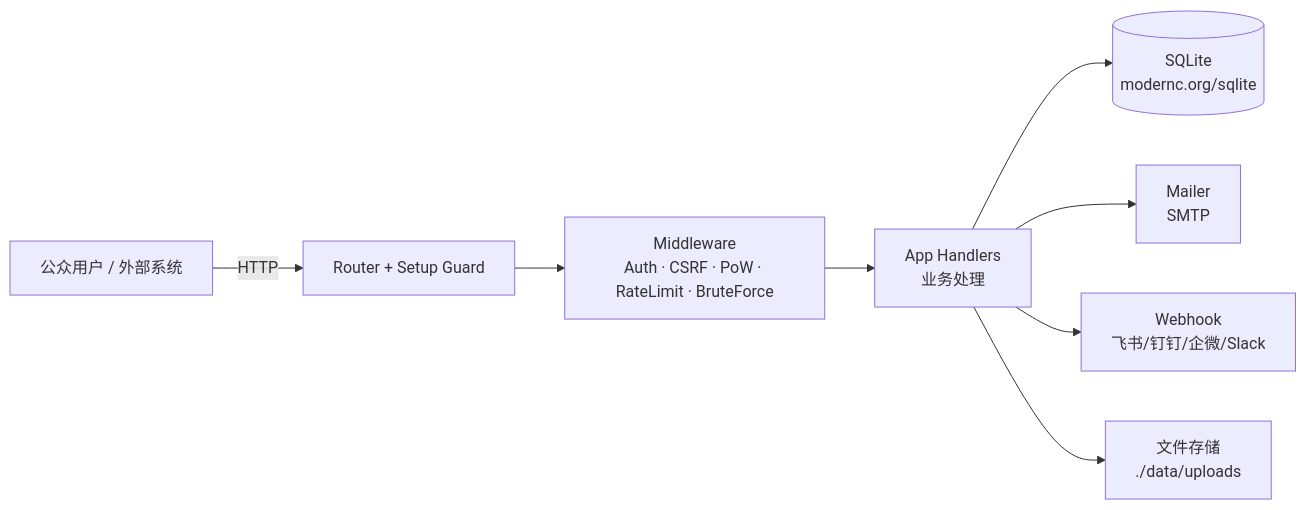
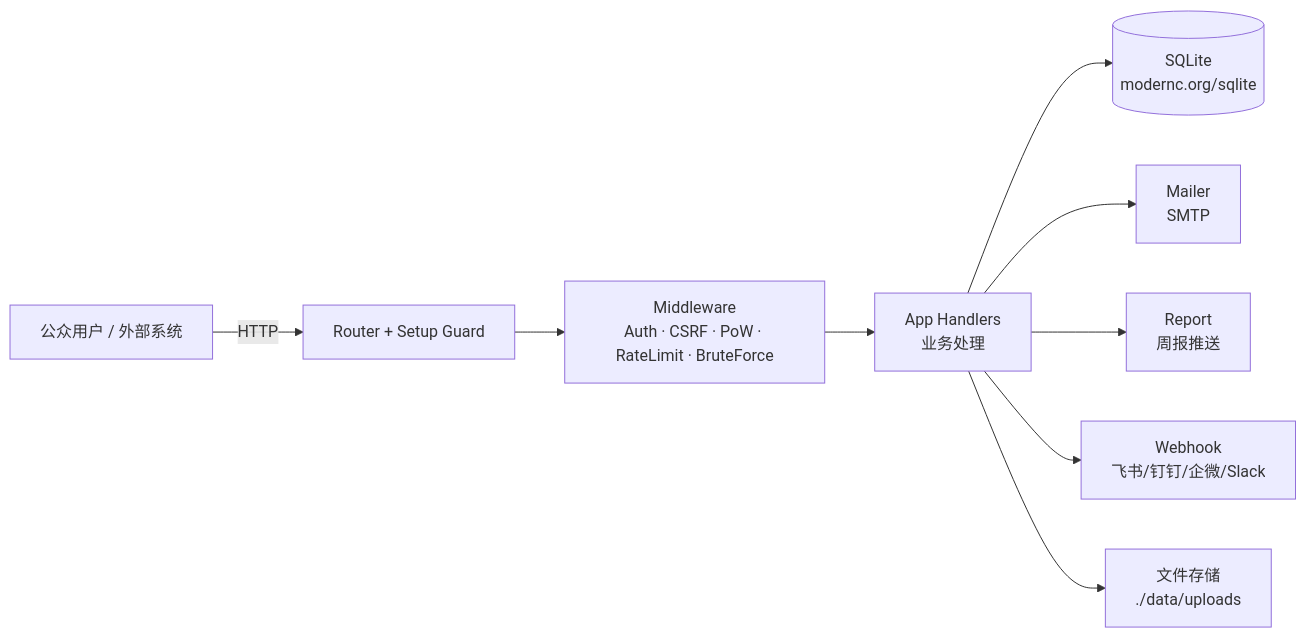
Before and after one commit to Asunano/FeedShit: the diagram in README.md, drawn with Mermaid. The commit also changed other lines of this file and 24 other files, not shown here.

````diff
--- a/README.md
+++ b/README.md
@@ -46,10 +67,11 @@
 ```mermaid
 flowchart LR
   U[公众用户 / 外部系统] -->|HTTP| R[Router + Setup Guard]
   R --> MW[Middleware<br/>Auth · CSRF · PoW · RateLimit · BruteForce]
   MW --> A[App Handlers<br/>业务处理]
   A --> DB[(SQLite<br/>modernc.org/sqlite)]
   A --> EM[Mailer<br/>SMTP]
+  A --> RP[Report<br/>周报推送]
   A --> WH[Webhook<br/>飞书/钉钉/企微/Slack]
   A --> FS[文件存储<br/>./data/uploads]
 ```
````
